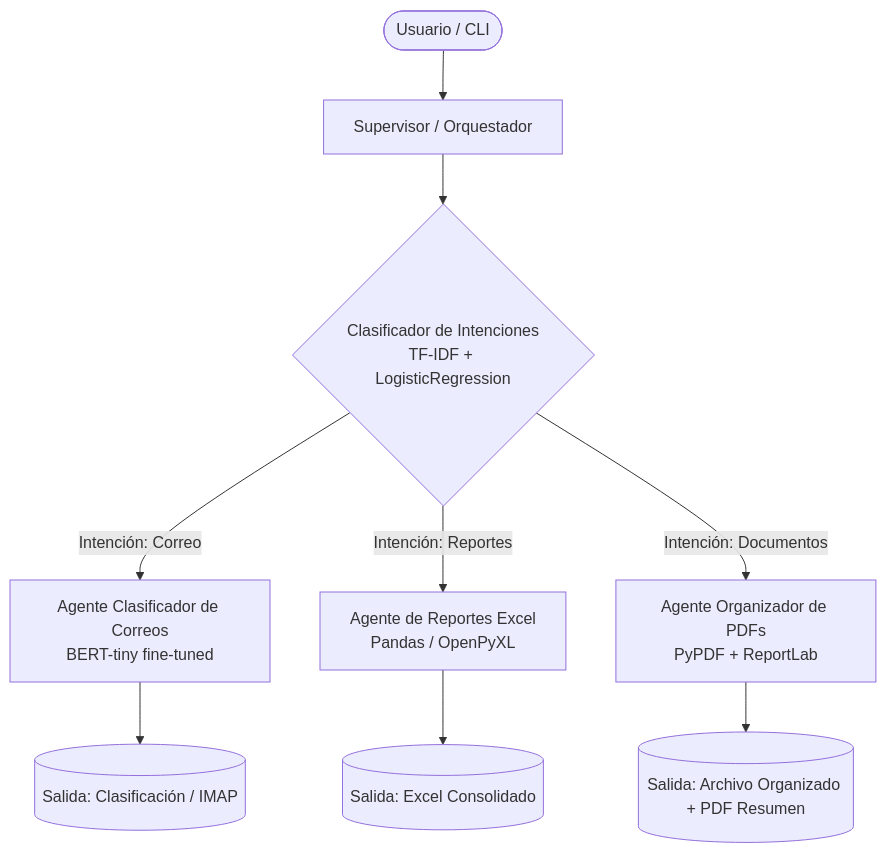
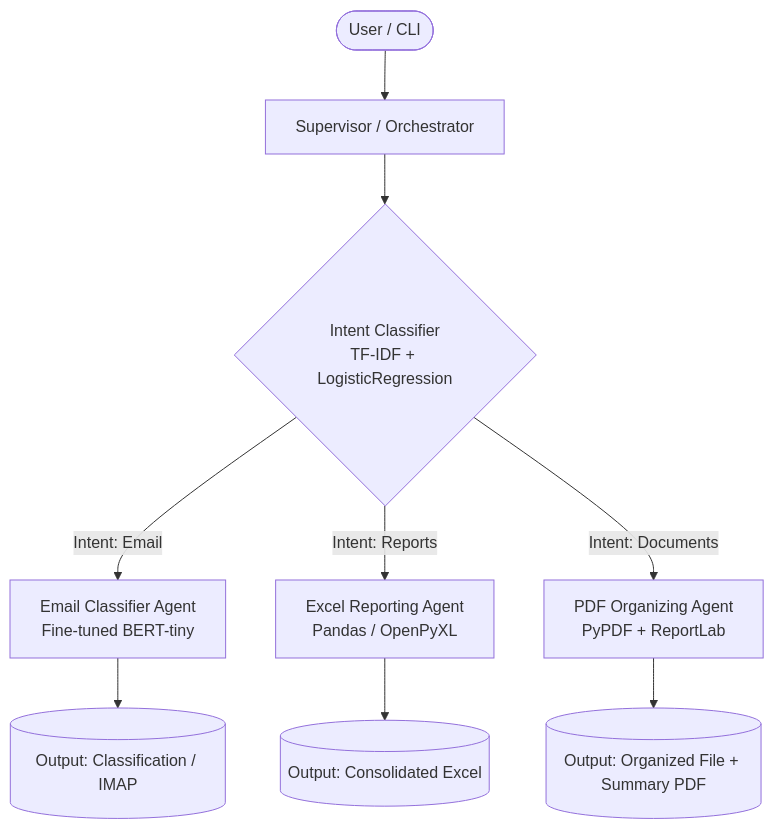
The diagram in README.md (TMXVJ/Multi-Agent-System), drawn with Mermaid before and after one commit. The commit also changed other lines of this file, not shown here.

````diff
--- a/README.md
+++ b/README.md
@@ -51,13 +51,13 @@
 ```mermaid
 flowchart TD
-    User([Usuario / CLI]) --> Supervisor[Supervisor / Orquestador]
-    Supervisor --> Router{Clasificador de Intenciones\nTF-IDF + LogisticRegression}
+    User([User / CLI]) --> Supervisor[Supervisor / Orchestrator]
+    Supervisor --> Router{Intent Classifier\nTF-IDF + LogisticRegression}
     
-    Router -->|Intención: Correo| AgentEmail[Agente Clasificador de Correos\nBERT-tiny fine-tuned]
-    Router -->|Intención: Reportes| AgentReports[Agente de Reportes Excel\nPandas / OpenPyXL]
-    Router -->|Intención: Documentos| AgentDocs[Agente Organizador de PDFs\nPyPDF + ReportLab]
+    Router -->|Intent: Email| AgentEmail[Email Classifier Agent\nFine-tuned BERT-tiny]
+    Router -->|Intent: Reports| AgentReports[Excel Reporting Agent\nPandas / OpenPyXL]
+    Router -->|Intent: Documents| AgentDocs[PDF Organizing Agent\nPyPDF + ReportLab]
     
-    AgentEmail --> ResEmail[(Salida: Clasificación / IMAP)]
-    AgentReports --> ResReports[(Salida: Excel Consolidado)]
-    AgentDocs --> ResDocs[(Salida: Archivo Organizado + PDF Resumen)]
+    AgentEmail --> ResEmail[(Output: Classification / IMAP)]
+    AgentReports --> ResReports[(Output: Consolidated Excel)]
+    AgentDocs --> ResDocs[(Output: Organized File + Summary PDF)]
 ```
````
